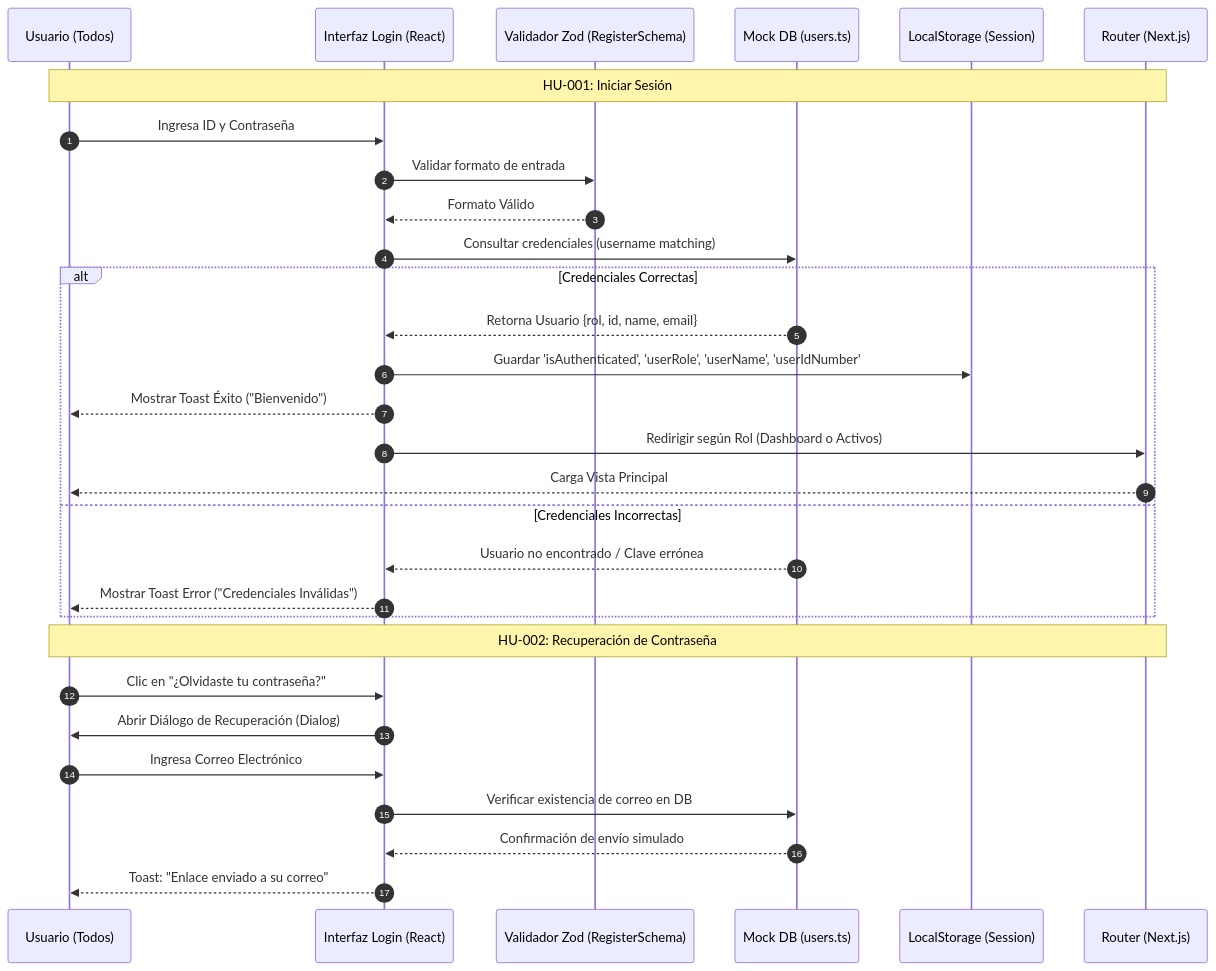
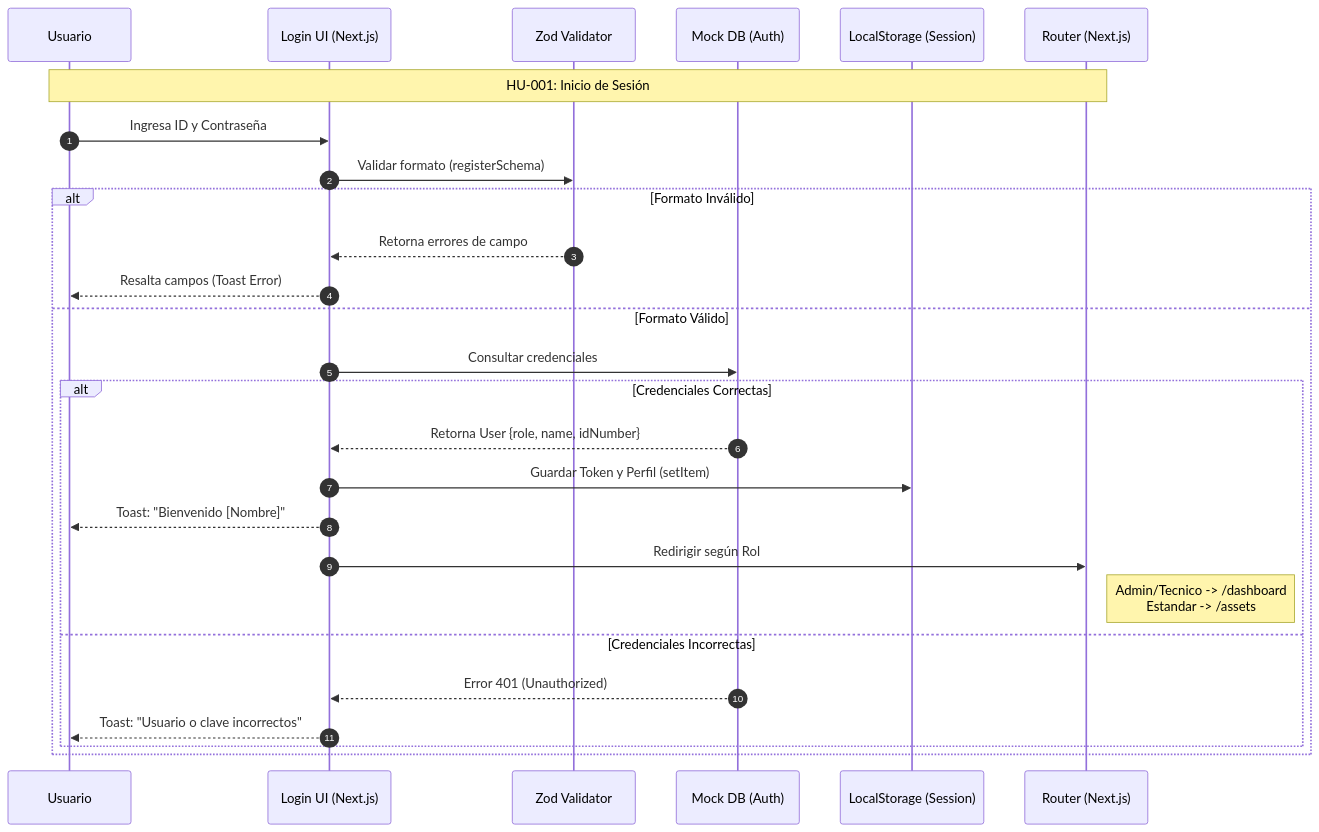
One commit to KaicerPirata/Proyecto changed the second of 4 diagrams in DIAGRAMAS.md. Above: the diagram before and after it, drawn with Mermaid. The commit also changed other lines of this file, not shown here.

Commit message:
ayudame con un diagrama de clases del sistema bien detallado y especific

````diff
--- a/DIAGRAMAS.md
+++ b/DIAGRAMAS.md
@@ -10,34 +81,30 @@
 ```mermaid
 sequenceDiagram
     autonumber
-    participant U as Usuario (Todos)
-    participant L as Interfaz Login (React)
-    participant V as Validador Zod (RegisterSchema)
-    participant M as Mock DB (users.ts)
+    participant U as Usuario
+    participant L as Login UI (Next.js)
+    participant V as Zod Validator
+    participant DB as Mock DB (Auth)
     participant S as LocalStorage (Session)
     participant R as Router (Next.js)
 
-    Note over U, R: HU-001: Iniciar Sesión
+    Note over U, R: HU-001: Inicio de Sesión
     U->>L: Ingresa ID y Contraseña
-    L->>V: Validar formato de entrada
-    V-->>L: Formato Válido
-    L->>M: Consultar credenciales (username matching)
-    alt Credenciales Correctas
-        M-->>L: Retorna Usuario {rol, id, name, email}
-        L->>S: Guardar 'isAuthenticated', 'userRole', 'userName', 'userIdNumber'
-        L-->>U: Mostrar Toast Éxito ("Bienvenido")
-        L->>R: Redirigir según Rol (Dashboard o Activos)
-        R-->>U: Carga Vista Principal
-    else Credenciales Incorrectas
-        M-->>L: Usuario no encontrado / Clave errónea
-        L-->>U: Mostrar Toast Error ("Credenciales Inválidas")
+    L->>V: Validar formato (registerSchema)
+    alt Formato Inválido
+        V-->>L: Retorna errores de campo
+        L-->>U: Resalta campos (Toast Error)
+    else Formato Válido
+        L->>DB: Consultar credenciales
+        alt Credenciales Correctas
+            DB-->>L: Retorna User {role, name, idNumber}
+            L->>S: Guardar Token y Perfil (setItem)
+            L-->>U: Toast: "Bienvenido [Nombre]"
+            L->>R: Redirigir según Rol
+            Note right of R: Admin/Tecnico -> /dashboard<br/>Estandar -> /assets
+        else Credenciales Incorrectas
+            DB-->>L: Error 401 (Unauthorized)
+            L-->>U: Toast: "Usuario o clave incorrectos"
+        end
     end
-
-    Note over U, R: HU-002: Recuperación de Contraseña
-    U->>L: Clic en "¿Olvidaste tu contraseña?"
-    L->>U: Abrir Diálogo de Recuperación (Dialog)
-    U->>L: Ingresa Correo Electrónico
-    L->>M: Verificar existencia de correo en DB
-    M-->>L: Confirmación de envío simulado
-    L-->>U: Toast: "Enlace enviado a su correo"
 ```
````
